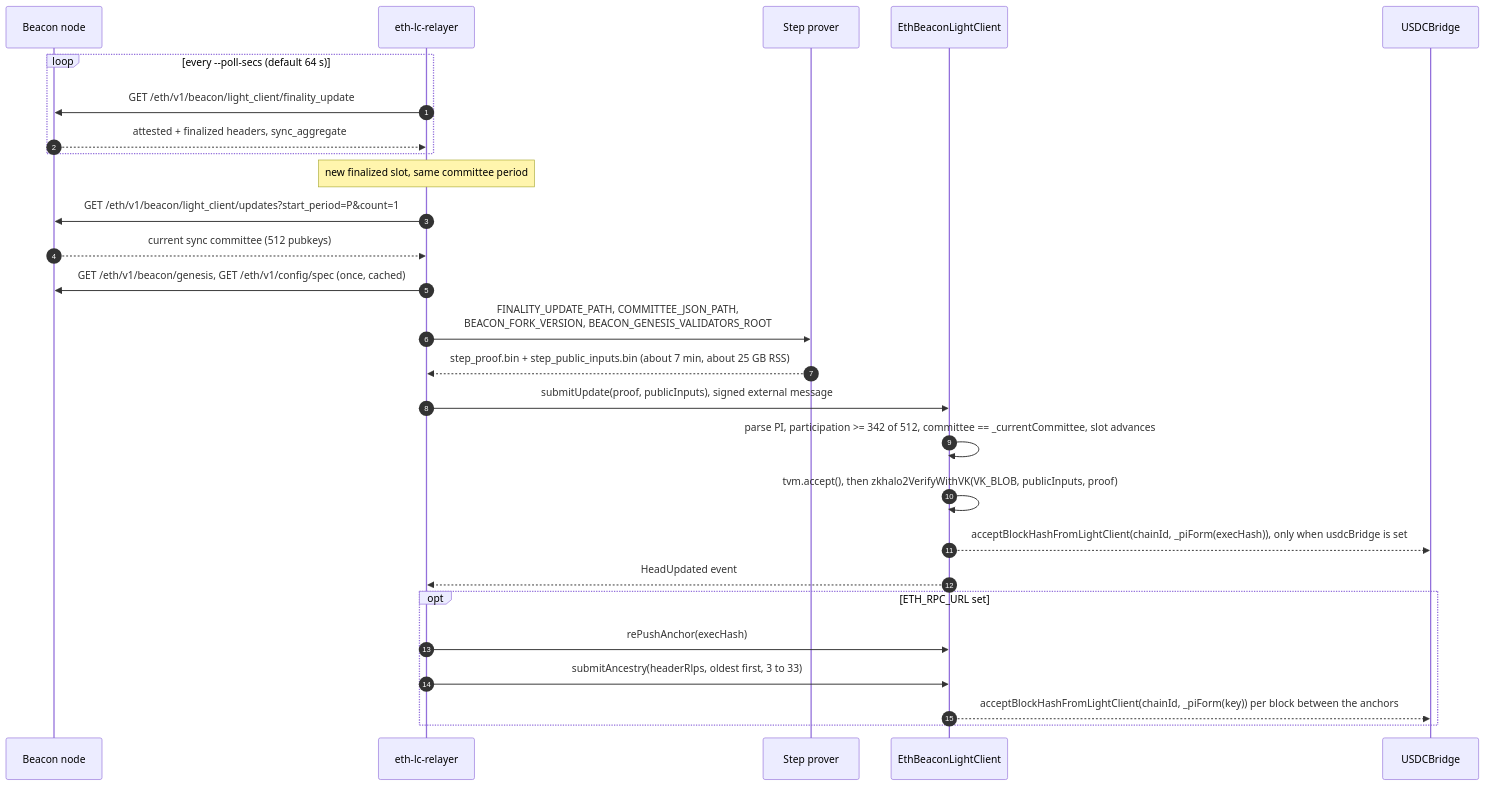
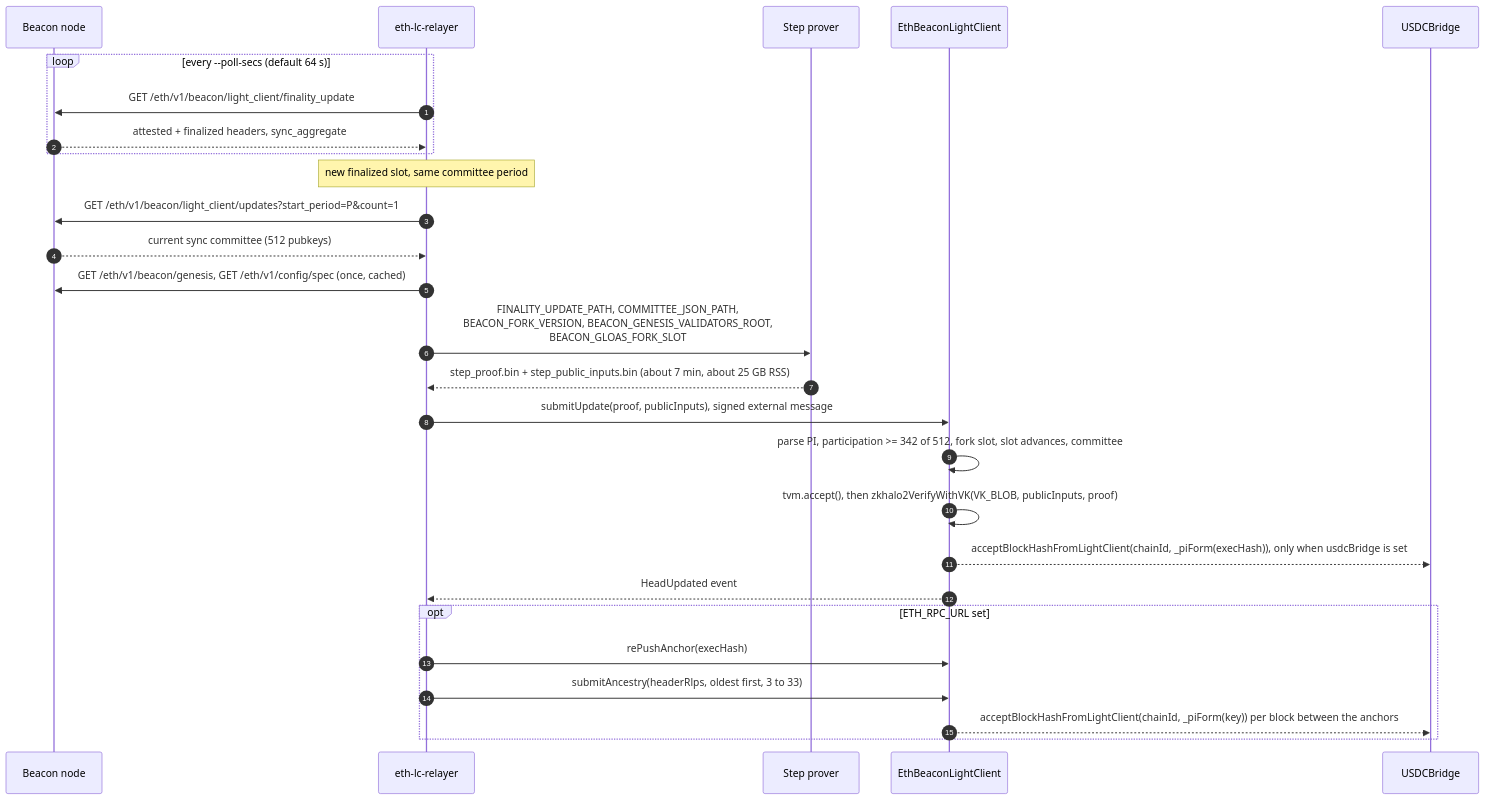
One commit to gosh-sh/bridge changed the second of 5 diagrams in docs/eth-light-client.md. Above: the diagram before and after it, drawn with Mermaid. The commit also changed other lines of this file and 53 other files, not shown here.

````diff
--- a/docs/eth-light-client.md
+++ b/docs/eth-light-client.md
@@ -99,29 +99,29 @@
 ```mermaid
 sequenceDiagram
   autonumber
   participant B as Beacon node
   participant R as eth-lc-relayer
   participant P as Step prover
   participant LC as EthBeaconLightClient
   participant UB as USDCBridge
   loop every --poll-secs (default 64 s)
     R->>B: GET /eth/v1/beacon/light_client/finality_update
     B-->>R: attested + finalized headers, sync_aggregate
   end
   Note over R: new finalized slot, same committee period
   R->>B: GET /eth/v1/beacon/light_client/updates?start_period=P&count=1
   B-->>R: current sync committee (512 pubkeys)
   R->>B: GET /eth/v1/beacon/genesis, GET /eth/v1/config/spec (once, cached)
-  R->>P: FINALITY_UPDATE_PATH, COMMITTEE_JSON_PATH,<br/>BEACON_FORK_VERSION, BEACON_GENESIS_VALIDATORS_ROOT
+  R->>P: FINALITY_UPDATE_PATH, COMMITTEE_JSON_PATH,<br/>BEACON_FORK_VERSION, BEACON_GENESIS_VALIDATORS_ROOT,<br/>BEACON_GLOAS_FORK_SLOT
   P-->>R: step_proof.bin + step_public_inputs.bin (about 7 min, about 25 GB RSS)
   R->>LC: submitUpdate(proof, publicInputs), signed external message
-  LC->>LC: parse PI, participation >= 342 of 512, committee == _currentCommittee, slot advances
+  LC->>LC: parse PI, participation >= 342 of 512, fork slot, slot advances, committee
   LC->>LC: tvm.accept(), then zkhalo2VerifyWithVK(VK_BLOB, publicInputs, proof)
   LC-->>UB: acceptBlockHashFromLightClient(chainId, _piForm(execHash)), only when usdcBridge is set
   LC-->>R: HeadUpdated event
   opt ETH_RPC_URL set
     R->>LC: rePushAnchor(execHash)
     R->>LC: submitAncestry(headerRlps, oldest first, 3 to 33)
     LC-->>UB: acceptBlockHashFromLightClient(chainId, _piForm(key)) per block between the anchors
   end
 ```
````
